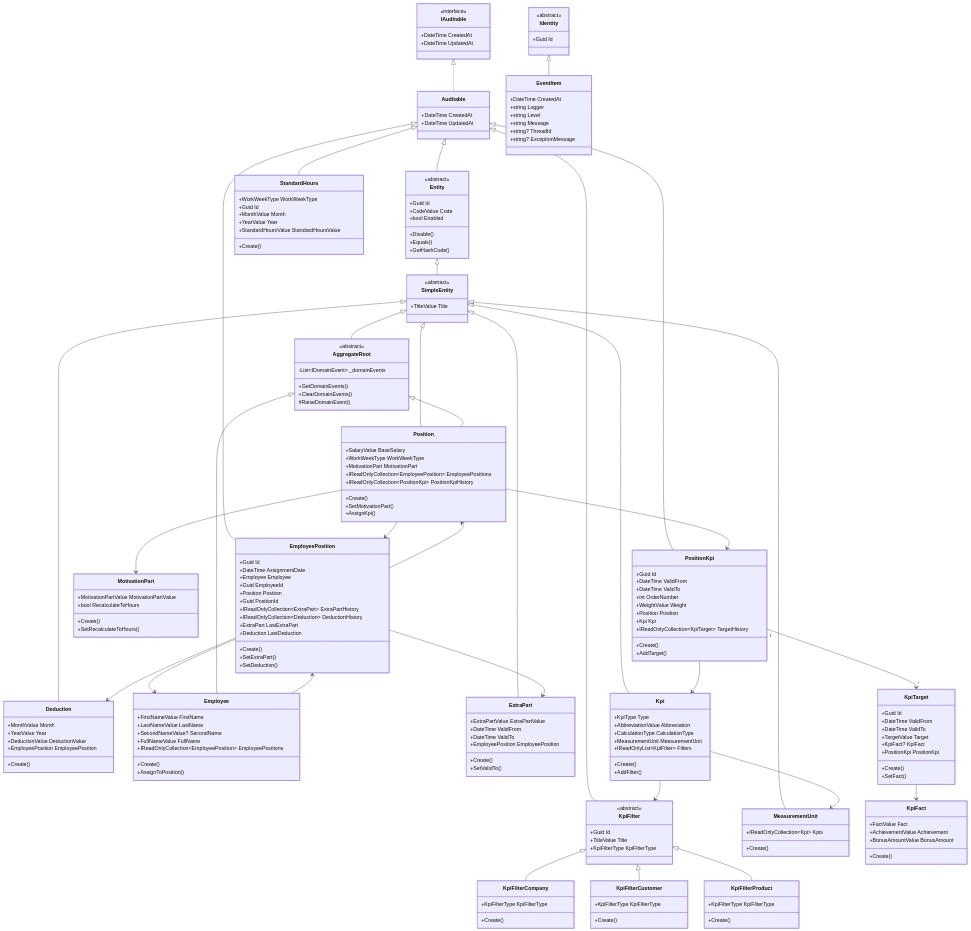
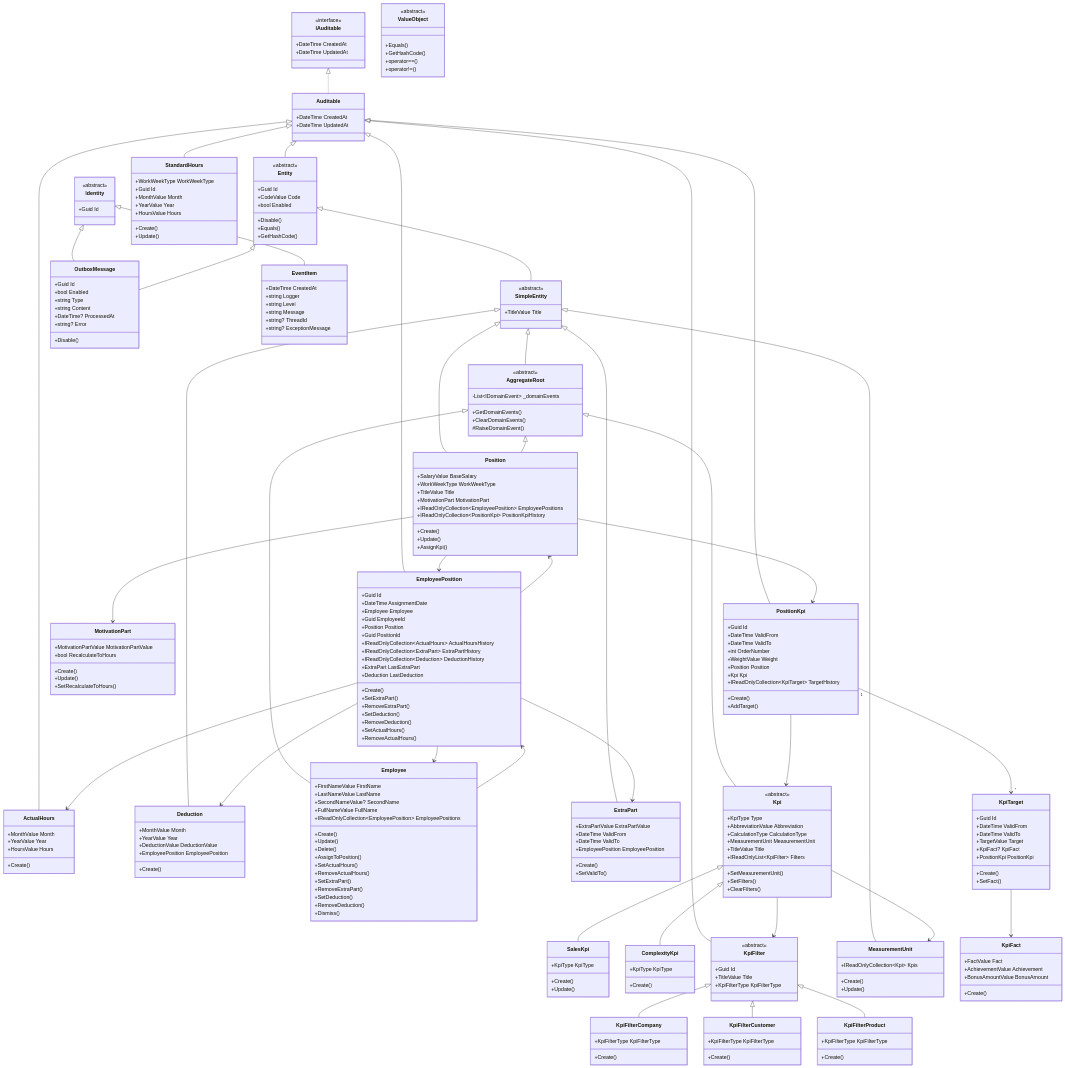
Before and after one commit to PesterevPavel01/Motivation: the diagram in README.md, drawn with Mermaid. The commit also changed 90 other files, not shown here.

Commit message:
feat: add ActualHours, remove methods, and dismiss employee

````diff
--- a/README.md
+++ b/README.md
@@ -4,5 +4,7 @@
 ```mermaid
+
 classDiagram
+    %% Базовые классы
     class Identity {
         <<abstract>>
         +Guid Id
@@ -42,6 +44,22 @@
         #RaiseDomainEvent()
     }
 
+    class ValueObject {
+        <<abstract>>
+        +Equals()
+        +GetHashCode()
+        +operator==()
+        +operator!=()
+    }
+
+    %% Сущности (Entity)
+    class ActualHours {
+        +MonthValue Month
+        +YearValue Year
+        +HoursValue Hours
+        +Create()
+    }
+
     class Deduction {
         +MonthValue Month
         +YearValue Year
@@ -57,7 +75,16 @@
         +FullNameValue FullName
         +IReadOnlyCollection~EmployeePosition~ EmployeePositions
         +Create()
+        +Update()
+        +Delete()
         +AssignToPosition()
+        +SetActualHours()
+        +RemoveActualHours()
+        +SetExtraPart()
+        +RemoveExtraPart()
+        +SetDeduction()
+        +RemoveDeduction()
+        +Dismiss()
     }
 
     class EmployeePosition {
@@ -67,13 +94,18 @@
         +Guid EmployeeId
         +Position Position
         +Guid PositionId
+        +IReadOnlyCollection~ActualHours~ ActualHoursHistory
         +IReadOnlyCollection~ExtraPart~ ExtraPartHistory
         +IReadOnlyCollection~Deduction~ DeductionHistory
         +ExtraPart LastExtraPart
         +Deduction LastDeduction
         +Create()
         +SetExtraPart()
+        +RemoveExtraPart()
         +SetDeduction()
+        +RemoveDeduction()
+        +SetActualHours()
+        +RemoveActualHours()
     }
 
     class ExtraPart {
@@ -86,13 +118,27 @@
     }
 
     class Kpi {
+        <<abstract>>
         +KpiType Type
         +AbbreviationValue Abbreviation
         +CalculationType CalculationType
         +MeasurementUnit MeasurementUnit
+        +TitleValue Title
         +IReadOnlyList~KpiFilter~ Filters
+        +SetMeasurementUnit()
+        +SetFilters()
+        +ClearFilters()
+    }
+
+    class SalesKpi {
         +Create()
-        +AddFilter()
+        +Update()
+        +KpiType KpiType
+    }
+
+    class ComplexityKpi {
+        +Create()
+        +KpiType KpiType
     }
 
     class KpiFilter {
@@ -120,23 +166,36 @@
     class MeasurementUnit {
         +IReadOnlyCollection~Kpi~ Kpis
         +Create()
+        +Update()
     }
 
     class MotivationPart {
         +MotivationPartValue MotivationPartValue
         +bool RecalculateToHours
         +Create()
+        +Update()
         +SetRecalculateToHours()
+    }
+
+    class OutboxMessage {
+        +Guid Id
+        +bool Enabled
+        +string Type
+        +string Content
+        +DateTime? ProcessedAt
+        +string? Error
+        +Disable()
     }
 
     class Position {
         +SalaryValue BaseSalary
         +WorkWeekType WorkWeekType
+        +TitleValue Title
         +MotivationPart MotivationPart
         +IReadOnlyCollection~EmployeePosition~ EmployeePositions
         +IReadOnlyCollection~PositionKpi~ PositionKpiHistory
         +Create()
-        +SetMotivationPart()
+        +Update()
         +AssignKpi()
     }
 
@@ -176,8 +235,9 @@
         +Guid Id
         +MonthValue Month
         +YearValue Year
-        +StandardHoursValue StandardHoursValue
+        +HoursValue Hours
         +Create()
+        +Update()
     }
 
     class EventItem {
@@ -189,30 +249,45 @@
         +string? ExceptionMessage
     }
 
+    %% Наследование
     Identity <|-- EventItem
+    Identity <|-- OutboxMessage
 
     IAuditable <|.. Auditable
     Auditable <|-- Entity
+    
     Entity <|-- SimpleEntity
+    Entity <|-- OutboxMessage
+    
     SimpleEntity <|-- AggregateRoot
     SimpleEntity <|-- Deduction
     SimpleEntity <|-- ExtraPart
-    SimpleEntity <|-- Kpi
     SimpleEntity <|-- MeasurementUnit
     SimpleEntity <|-- Position
+    
+    Auditable <|-- ActualHours
     Auditable <|-- EmployeePosition
     Auditable <|-- KpiFilter
     Auditable <|-- PositionKpi
     Auditable <|-- StandardHours
 
+    AggregateRoot <|-- Kpi
+    AggregateRoot <|-- Position
+    AggregateRoot <|-- Employee
+
+    Kpi <|-- SalesKpi
+    Kpi <|-- ComplexityKpi
+
     KpiFilter <|-- KpiFilterCompany
     KpiFilter <|-- KpiFilterCustomer
     KpiFilter <|-- KpiFilterProduct
 
+    %% Связи (Associations)
     EmployeePosition --> Employee
     EmployeePosition --> Position
     EmployeePosition --> ExtraPart
     EmployeePosition --> Deduction
+    EmployeePosition --> ActualHours
 
     Employee --> EmployeePosition
     Position --> EmployeePosition
@@ -226,7 +301,4 @@
     Kpi --> MeasurementUnit
     Kpi --> KpiFilter
 
-    AggregateRoot <|-- Position
-    AggregateRoot <|-- Employee
-
 ```
````
